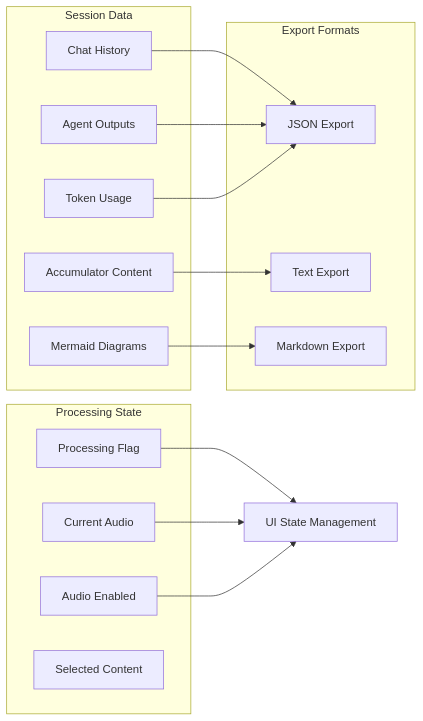
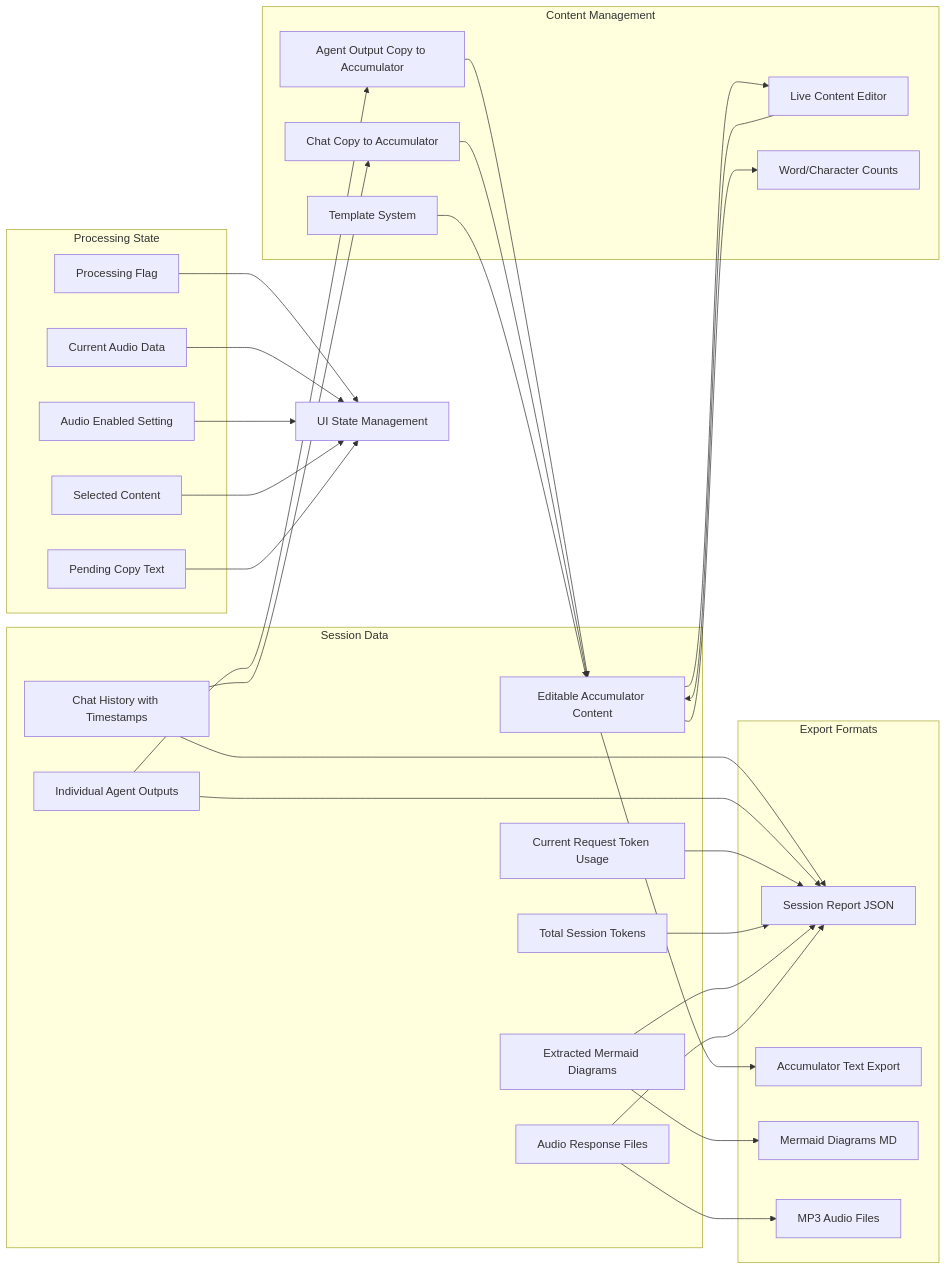
Before and after one commit to mmckechney/AgenticAIFoundry: the eighth of 17 diagrams in docs/stbrainstorm-architecture-documentation.md, drawn with Mermaid. The commit also changed other lines of this file, not shown here.

Commit message:
Major documentation updates: agents, UI architecture, API reference, data flows

````diff
--- a/docs/stbrainstorm-architecture-documentation.md
+++ b/docs/stbrainstorm-architecture-documentation.md
@@ -446,33 +783,65 @@
 ```mermaid
 graph LR
     subgraph "Session Data"
-        ChatHistory[Chat History]
-        AgentOutputs[Agent Outputs]
-        TokenUsage[Token Usage]
-        MermaidDiagrams[Mermaid Diagrams]
-        AccumulatorContent[Accumulator Content]
+        ChatHistory[Chat History with Timestamps]
+        AgentOutputs[Individual Agent Outputs]
+        TokenUsage[Current Request Token Usage]
+        TotalTokens[Total Session Tokens]
+        MermaidDiagrams[Extracted Mermaid Diagrams]
+        AccumulatorContent[Editable Accumulator Content]
+        AudioResponses[Audio Response Files]
     end
     
     subgraph "Processing State"
         ProcessingFlag[Processing Flag]
-        CurrentAudio[Current Audio]
-        AudioEnabled[Audio Enabled]
+        CurrentAudio[Current Audio Data]
+        AudioEnabled[Audio Enabled Setting]
         SelectedContent[Selected Content]
+        PendingCopy[Pending Copy Text]
+    end
+    
+    subgraph "Content Management"
+        ChatCopyActions[Chat Copy to Accumulator]
+        AgentCopyActions[Agent Output Copy to Accumulator]
+        ContentEditor[Live Content Editor]
+        TemplateSystem[Template System]
+        ContentStats[Word/Character Counts]
     end
     
     subgraph "Export Formats"
-        JSONExport[JSON Export]
-        TextExport[Text Export]
-        MarkdownExport[Markdown Export]
+        JSONExport[Session Report JSON]
+        TextExport[Accumulator Text Export]
+        MarkdownExport[Mermaid Diagrams MD]
+        AudioExport[MP3 Audio Files]
     end
     
+    %% Data Flow Connections
     ChatHistory --> JSONExport
     AgentOutputs --> JSONExport
     TokenUsage --> JSONExport
+    TotalTokens --> JSONExport
+    MermaidDiagrams --> JSONExport
+    AudioResponses --> JSONExport
+    
+    AgentOutputs --> AgentCopyActions
+    ChatHistory --> ChatCopyActions
+    AgentCopyActions --> AccumulatorContent
+    ChatCopyActions --> AccumulatorContent
+    AccumulatorContent --> ContentEditor
+    ContentEditor --> AccumulatorContent
+    
     MermaidDiagrams --> MarkdownExport
     AccumulatorContent --> TextExport
+    AccumulatorContent --> ContentStats
+    AudioResponses --> AudioExport
     
+    %% UI State Management
     ProcessingFlag --> UI[UI State Management]
     CurrentAudio --> UI
     AudioEnabled --> UI
+    SelectedContent --> UI
+    PendingCopy --> UI
+    
+    %% Template Integration
+    TemplateSystem --> AccumulatorContent
 ```
````
